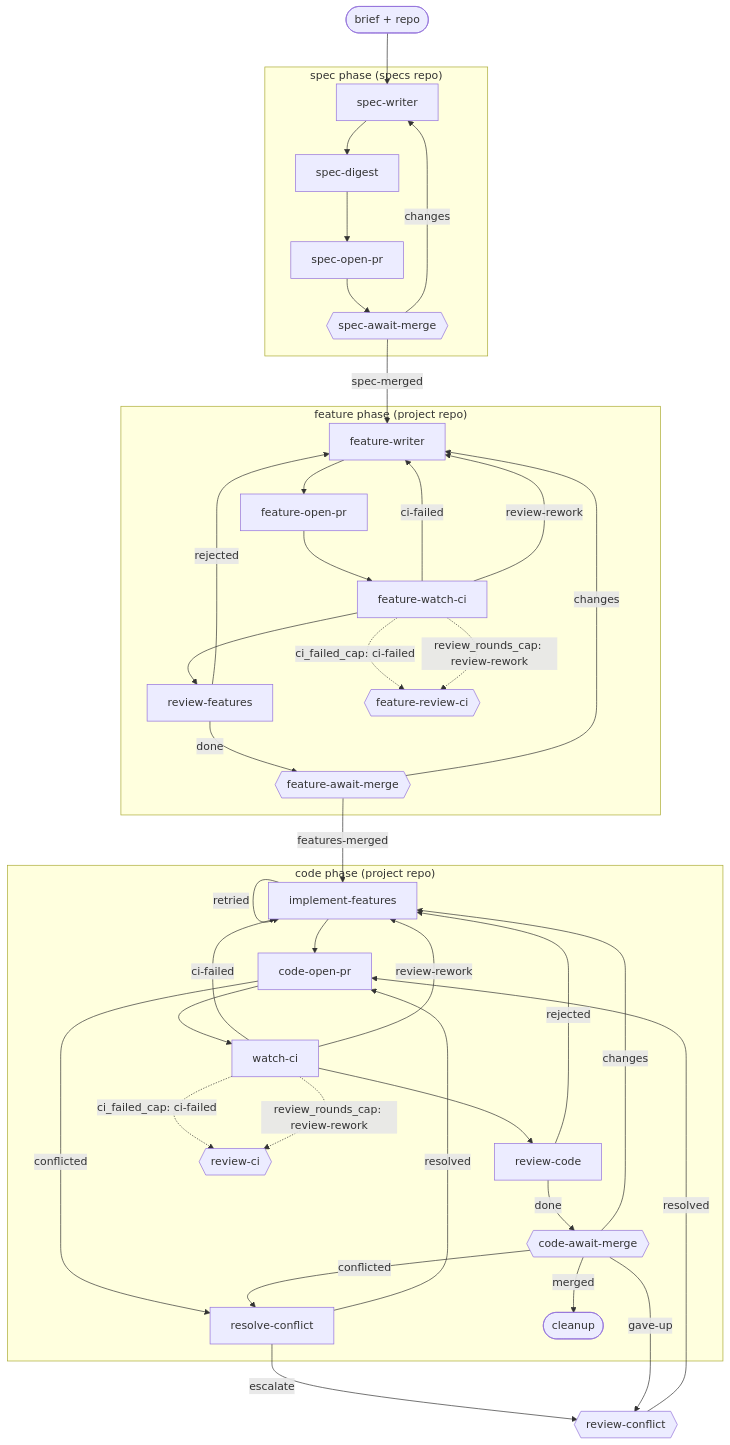
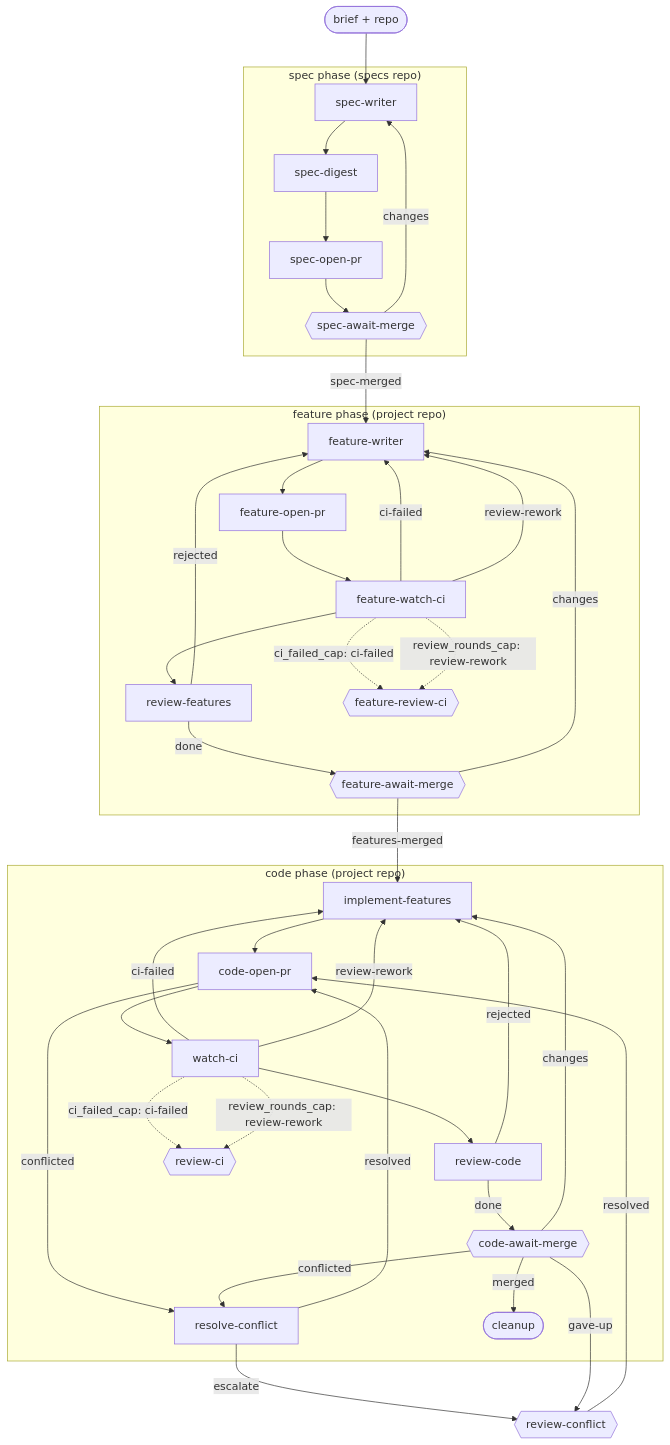
The diagram in docs/bdd-driven.md (kenmclennan/lightcycle-workflows), drawn with Mermaid before and after one commit. The commit also changed 13 other files, not shown here.

````diff
--- a/docs/bdd-driven.md
+++ b/docs/bdd-driven.md
@@ -15,38 +15,37 @@
 ```mermaid
 flowchart TD
     brief(["brief + repo"]) --> SW["spec-writer"]
     subgraph S ["spec phase (specs repo)"]
         SW --> SD["spec-digest"] --> SOP["spec-open-pr"] --> SAM{{"spec-await-merge"}}
         SAM -->|changes| SW
     end
     SAM -->|spec-merged| FW["feature-writer"]
     subgraph F ["feature phase (project repo)"]
         FW --> FOP["feature-open-pr"] --> FWCI["feature-watch-ci"] --> RF["review-features"]
         FWCI -->|ci-failed| FW
         FWCI -->|review-rework| FW
         FWCI -.->|"ci_failed_cap: ci-failed"| FRCI{{"feature-review-ci"}}
         FWCI -.->|"review_rounds_cap: review-rework"| FRCI
         RF -->|rejected| FW
         RF -->|done| FAM{{"feature-await-merge"}}
         FAM -->|changes| FW
     end
     FAM -->|features-merged| IF["implement-features"]
     subgraph C ["code phase (project repo)"]
         IF --> COP["code-open-pr"] --> WCI["watch-ci"] --> RC["review-code"]
         WCI -->|ci-failed| IF
         WCI -->|review-rework| IF
         WCI -.->|"ci_failed_cap: ci-failed"| RCI{{"review-ci"}}
         WCI -.->|"review_rounds_cap: review-rework"| RCI
         RC -->|rejected| IF
         RC -->|done| CAM{{"code-await-merge"}}
         CAM -->|changes| IF
-        IF -->|retried| IF
         COP -->|conflicted| RCF["resolve-conflict"]
         CAM -->|conflicted| RCF
         RCF -->|resolved| COP
         CAM -->|merged| CU(["cleanup"])
     end
     RCF -->|escalate| RCON{{"review-conflict"}}
     CAM -->|gave-up| RCON
     RCON -->|resolved| COP
 ```
````
